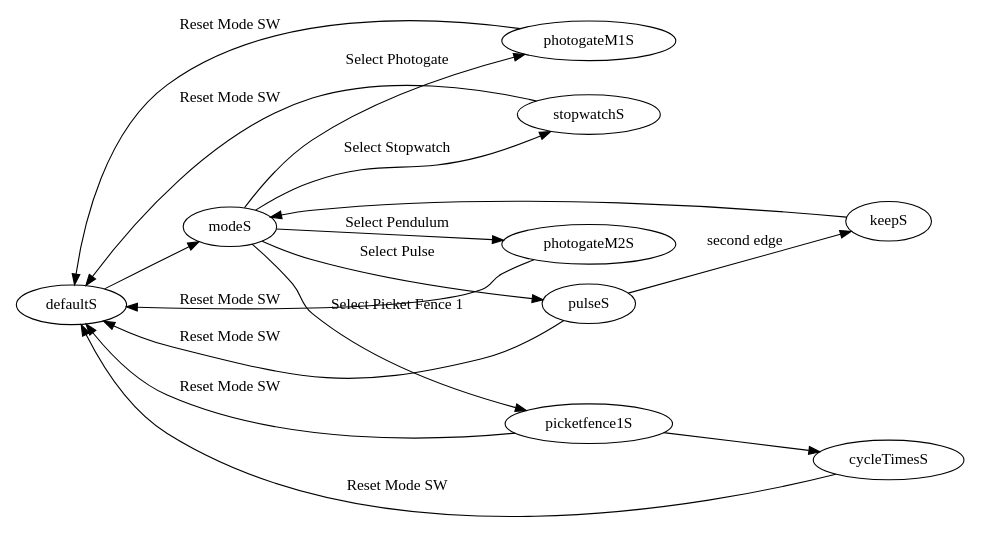
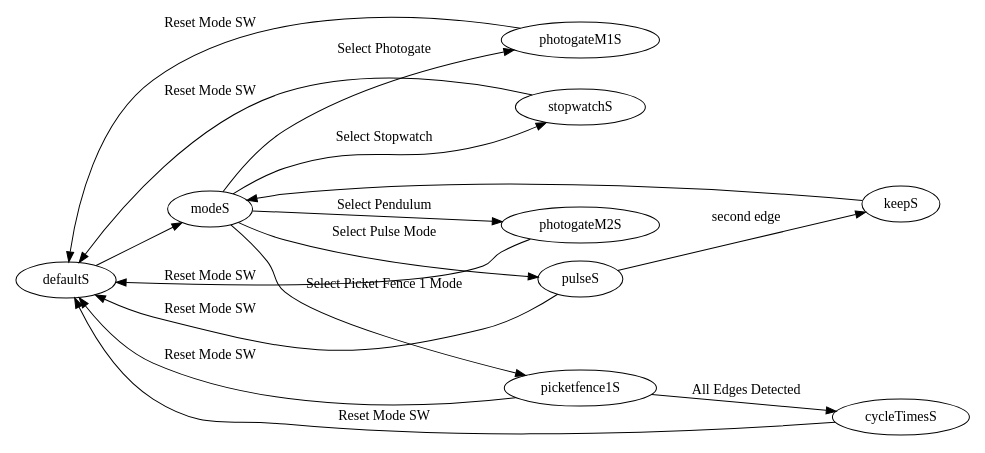
The diagram in pickmode.gv (danpeirce/photogate-box-ssd1306term), drawn with Graphviz before and after one commit. The commit also changed 1 other file, not shown here.

Commit message:
adjustments to state transition diagram

```diff
--- a/pickmode.gv
+++ b/pickmode.gv
@@ -1,32 +1,24 @@
 digraph finite_state_machine {
         rankdir=LR;
         size="8,5"
         //node [shape = circle];
         defaultS -> modeS 
         modeS -> stopwatchS [ label = "Select Stopwatch" ]
         stopwatchS -> defaultS [ label = "Reset Mode SW" ]
         modeS -> photogateM1S [ label = "Select Photogate" ]
         photogateM1S -> defaultS [ label = "Reset Mode SW" ]
         modeS -> photogateM2S [ label = "Select Pendulum" ]
         photogateM2S -> defaultS [ label = "Reset Mode SW" ]
-        modeS -> pulseS [ label = "Select Pulse" ]
+        modeS -> pulseS [ label = "Select Pulse Mode" ]
         pulseS -> defaultS [ label = "Reset Mode SW" ]
         pulseS -> keepS [label = "second edge" ]
         keepS -> modeS
-        modeS -> picketfence1S [ label = "Select Picket Fence 1" ]
+        modeS -> picketfence1S [ label = "Select Picket Fence 1 Mode" ]
         picketfence1S -> defaultS [ label = "Reset Mode SW" ]
-        picketfence1S -> cycleTimesS
+        picketfence1S -> cycleTimesS [ label = "All Edges Detected" ]
         cycleTimesS -> defaultS [ label = "Reset Mode SW" ]
 }
 
 /*
-void defaultS(void);
-void keepS(void);
-void stopwatchS(void);
-void pulseS(void);
-void photogateM1S(void);
-void photogateM2S(void);
-void modesS(void);
-void picketfence1S(void);
-void cycleTimesS(void);
+dot -Tpng pickmode.gv -o pickmode.png
 */
```
